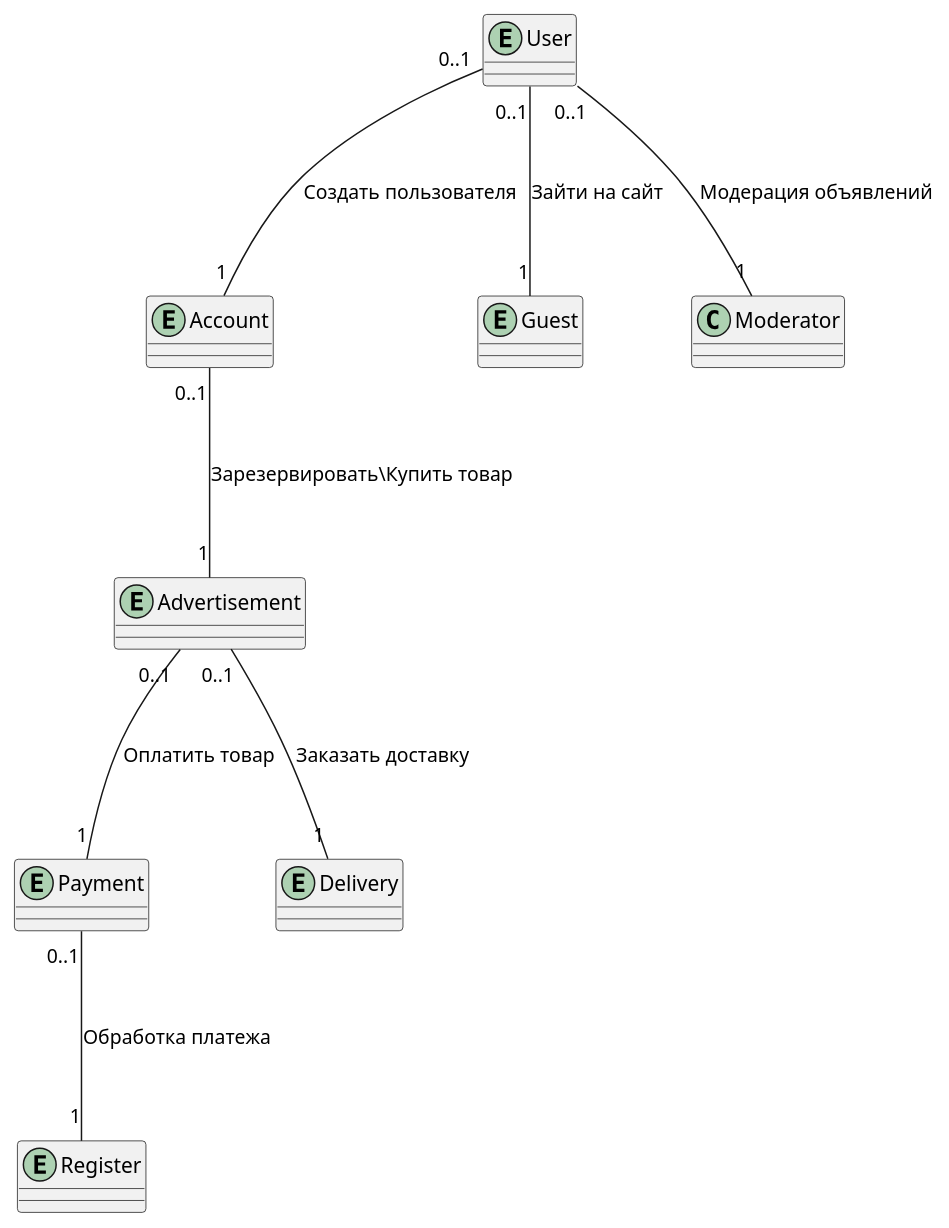
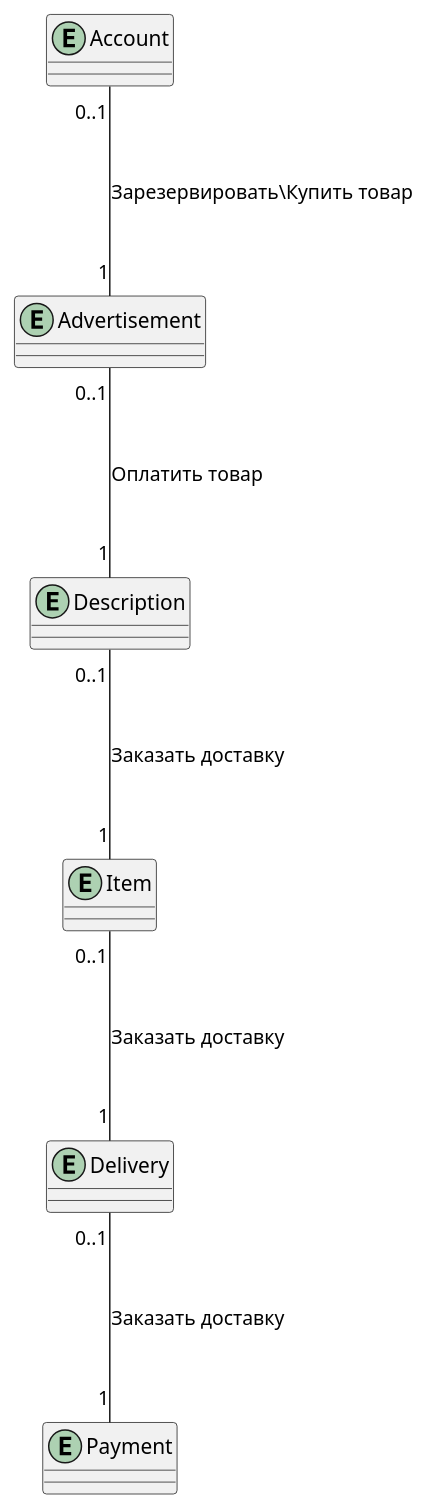
Before and after one commit to penamarth/bsbo-01-22_team1_var13: the diagram in Модель предметной области.md, drawn with PlantUML.

Commit message:
Update Модель предметной области.md

````diff
--- a/Модель предметной области.md
+++ b/Модель предметной области.md
@@ -1,54 +1,49 @@
 ```plantuml
 @startuml
 
 
 entity Account
 {
   
-}
-
-entity User {
-
-}
-
-entity Guest {
-
 }
 
 entity Advertisement
 {
     
     
 }
 
 entity Payment
 {
     
 }
 
 entity Delivery
 {
     
 }
 
-entity Register
+entity Item
 {
-
+    
 }
 
-User "0..1" -down-- "1" Account : Создать пользователя
-User "0..1" -down-- "1" Guest : Зайти на сайт
-User "0..1" -down-- "1" Moderator : Модерация объявлений
-
+entity Description
+{
+    
+}
 
 Account "0..1" -down-- "1" Advertisement : Зарезервировать\Купить товар
 
-Advertisement "0..1" -down-- "1" Payment : Оплатить товар
-Advertisement "0..1" -down-- "1" Delivery : Заказать доставку
+Advertisement "0..1" -down-- "1" Description : Оплатить товар
+Description "0..1" -down-- "1" Item : Заказать доставку
 
-Payment "0..1" -down-- "1" Register : Обработка платежа
+Item "0..1" -down-- "1" Delivery : Заказать доставку
+
+Delivery "0..1" -down-- "1" Payment : Заказать доставку
+
 
 
 
 @enduml
 ```
````
